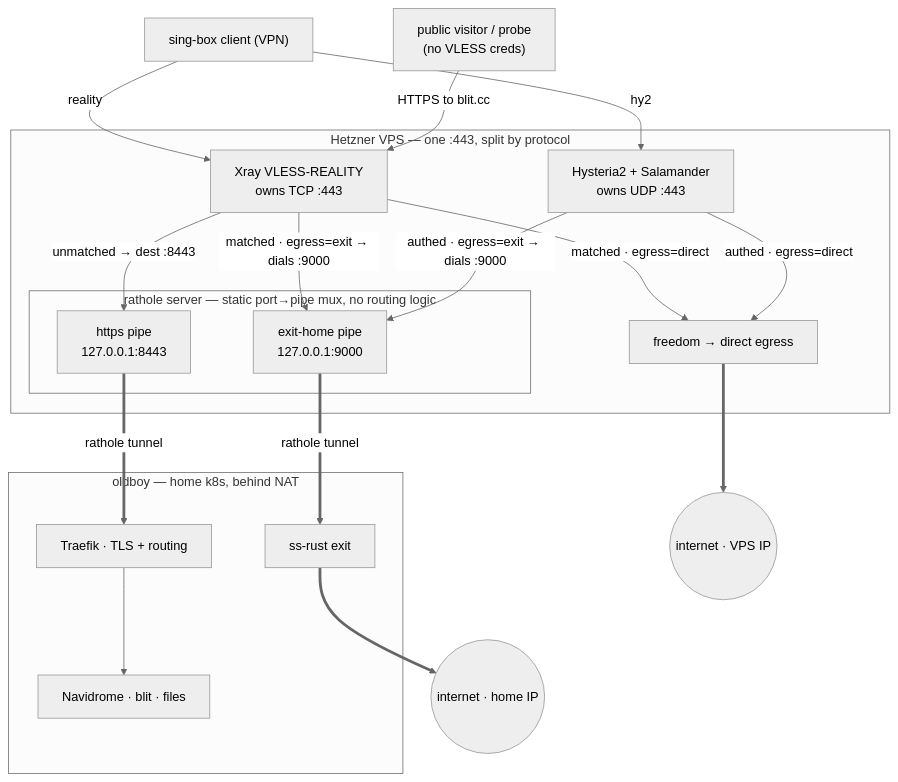
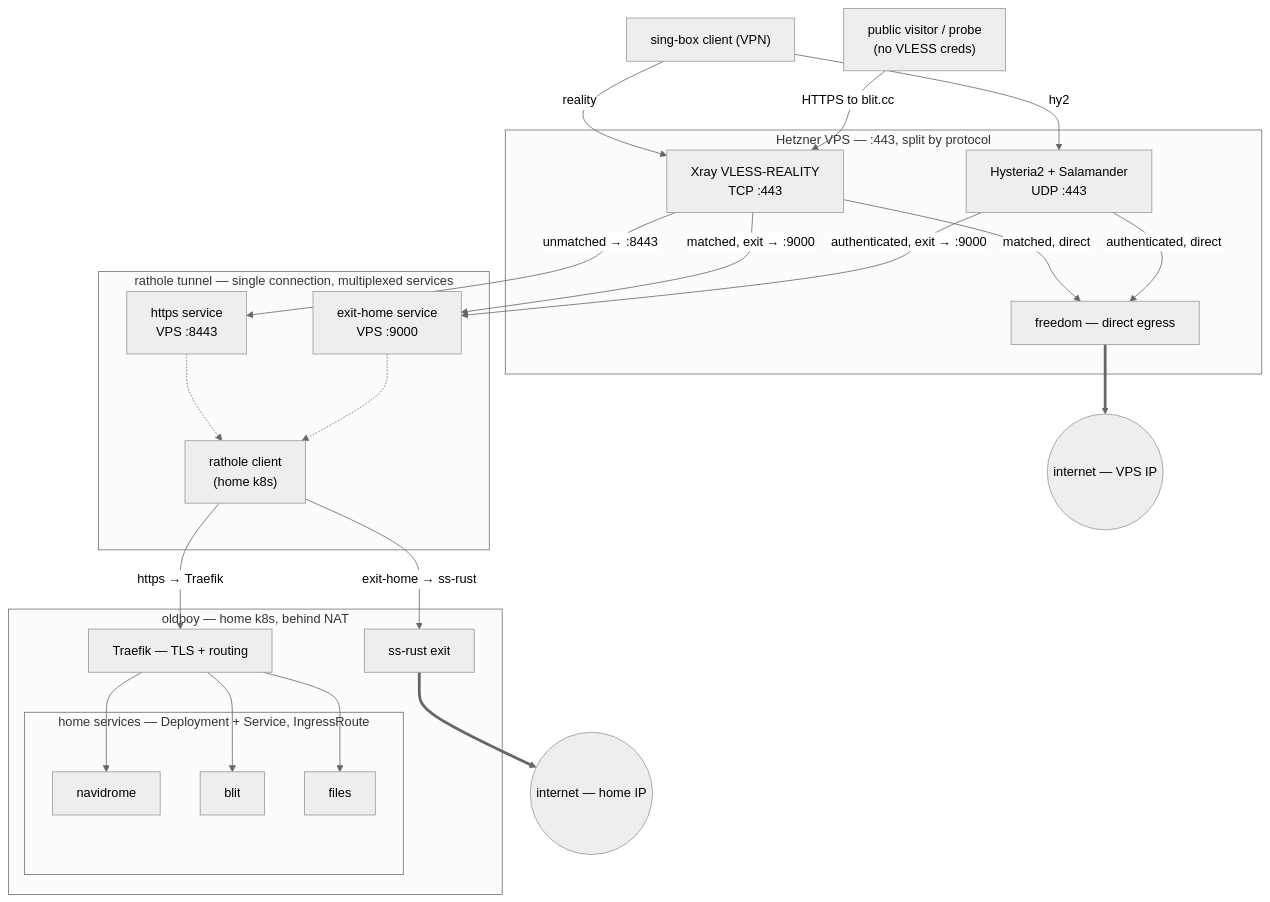
The first of 6 diagrams in docs/architecture.md (radiosilence/jaritanet), drawn with Mermaid (neutral theme) before and after one commit. The commit also changed other lines of this file, not shown here.

First paragraph of the commit message:
docs(architecture): clarify e2e diagram — :443 fan-out, one rathole tunnel, un-lumped services (#90)
* docs(architecture): fix e2e diagram to show ONE rathole tunnel, not two

````diff
--- a/docs/architecture.md
+++ b/docs/architecture.md
@@ -21,37 +21,51 @@
 ```mermaid
 flowchart TD
   CLIENT["sing-box client (VPN)"]
   VISITOR["public visitor / probe<br/>(no VLESS creds)"]
 
-  subgraph vps["Hetzner VPS — one :443, split by protocol"]
-    XR["Xray VLESS-REALITY<br/>owns TCP :443"]
-    HY["Hysteria2 + Salamander<br/>owns UDP :443"]
-    FREE["freedom → direct egress"]
-    subgraph RH["rathole server — static port→pipe mux, no routing logic"]
-      HTTPS_P["https pipe<br/>127.0.0.1:8443"]
-      EXIT_P["exit-home pipe<br/>127.0.0.1:9000"]
-    end
+  subgraph vps["Hetzner VPS — :443, split by protocol"]
+    XR["Xray VLESS-REALITY<br/>TCP :443"]
+    HY["Hysteria2 + Salamander<br/>UDP :443"]
+    FREE["freedom — direct egress"]
+  end
+
+  subgraph rh["rathole tunnel — single connection, multiplexed services"]
+    HTTPS_P["https service<br/>VPS :8443"]
+    EXIT_P["exit-home service<br/>VPS :9000"]
+    RC["rathole client<br/>(home k8s)"]
+    HTTPS_P -.-> RC
+    EXIT_P -.-> RC
   end
 
   subgraph home["oldboy — home k8s, behind NAT"]
-    TR["Traefik · TLS + routing"] --> SVC["Navidrome · blit · files"]
+    TR["Traefik — TLS + routing"]
+    subgraph apps["home services — Deployment + Service, IngressRoute"]
+      ND["navidrome"]
+      BL["blit"]
+      FS["files"]
+    end
     SS["ss-rust exit"]
+    TR --> ND
+    TR --> BL
+    TR --> FS
   end
 
-  VPSIP(("internet · VPS IP"))
-  HOMEIP(("internet · home IP"))
+  VPSIP(("internet — VPS IP"))
+  HOMEIP(("internet — home IP"))
 
   CLIENT -->|reality| XR
   CLIENT -->|hy2| HY
   VISITOR -->|"HTTPS to blit.cc"| XR
 
-  XR -->|"unmatched → dest :8443"| HTTPS_P
-  XR -->|"matched · egress=direct"| FREE
-  XR -->|"matched · egress=exit → dials :9000"| EXIT_P
-  HY -->|"authed · egress=direct"| FREE
-  HY -->|"authed · egress=exit → dials :9000"| EXIT_P
+  XR -->|"unmatched → :8443"| HTTPS_P
+  XR -->|"matched, direct"| FREE
+  XR -->|"matched, exit → :9000"| EXIT_P
+  HY -->|"authenticated, direct"| FREE
+  HY -->|"authenticated, exit → :9000"| EXIT_P
+
+  RC -->|"https → Traefik"| TR
+  RC -->|"exit-home → ss-rust"| SS
 
   FREE ==> VPSIP
-  HTTPS_P ==>|rathole tunnel| TR
-  EXIT_P ==>|rathole tunnel| SS ==> HOMEIP
+  SS ==> HOMEIP
 ```
````
